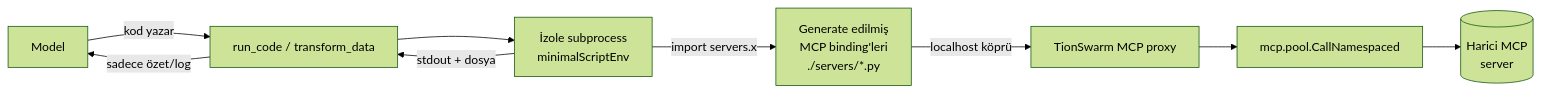
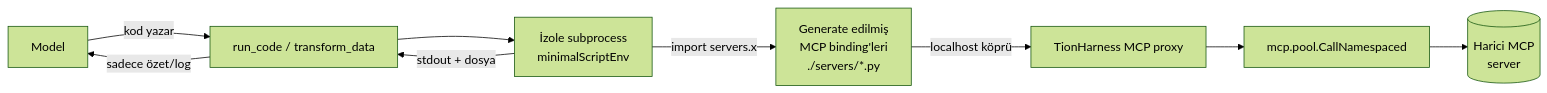
The second of 5 diagrams in _Docs/44-CODE-EXECUTION-MCP.md (bilal-arikan/tionharness), drawn with Mermaid (forest theme) before and after one commit. The commit also changed other lines of this file and 831 other files, not shown here.

First line of the commit message:
rename: TionSwarm -> TionHarness across the whole project

````diff
--- a/_Docs/44-CODE-EXECUTION-MCP.md
+++ b/_Docs/44-CODE-EXECUTION-MCP.md
@@ -117,11 +117,11 @@
 ```mermaid
 graph LR
     M[Model] -->|kod yazar| RC[run_code / transform_data]
     RC --> SB[İzole subprocess<br/>minimalScriptEnv]
     SB -->|import servers.x| API[Generate edilmiş<br/>MCP binding'leri<br/>./servers/*.py]
-    API -->|localhost köprü| BR[TionSwarm MCP proxy]
+    API -->|localhost köprü| BR[TionHarness MCP proxy]
     BR --> POOL[mcp.pool.CallNamespaced]
     POOL --> EXT[(Harici MCP<br/>server)]
     SB -->|stdout + dosya| RC
     RC -->|sadece özet/log| M
 ```
````
